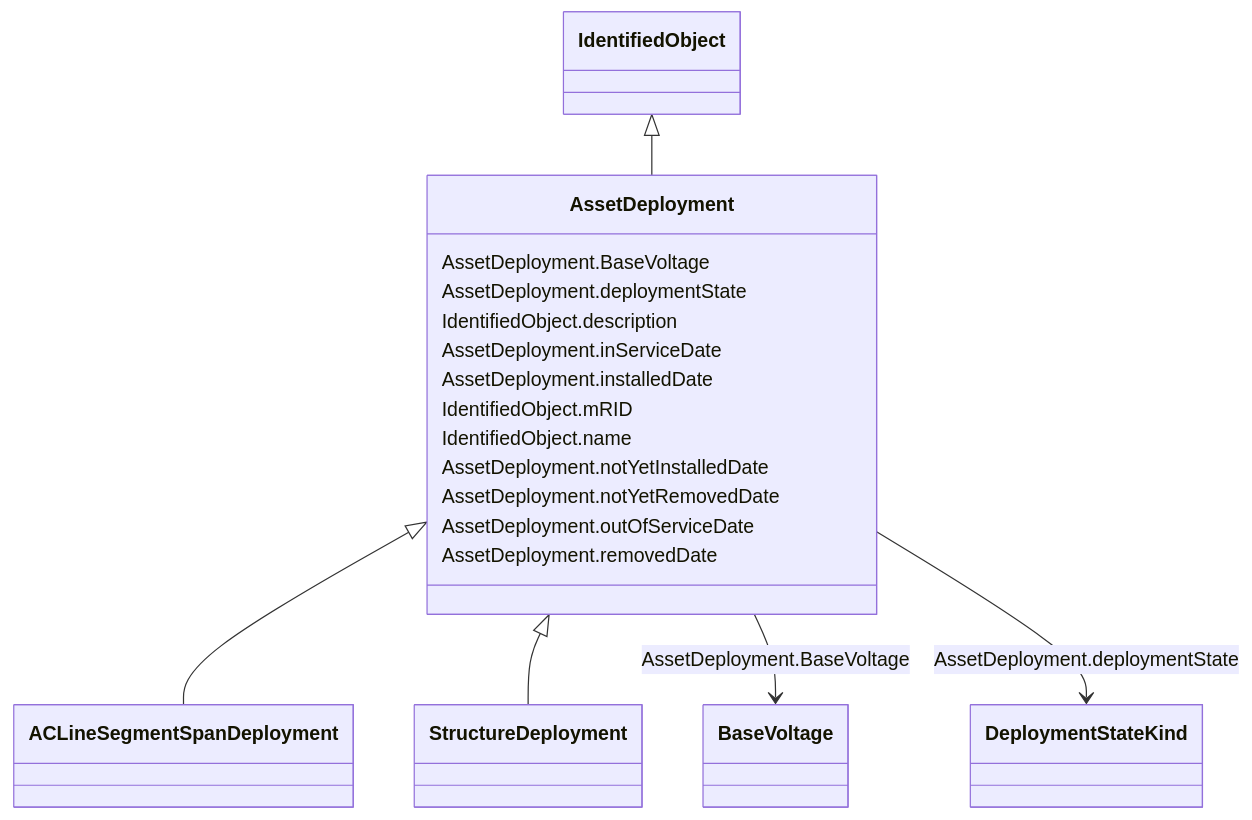
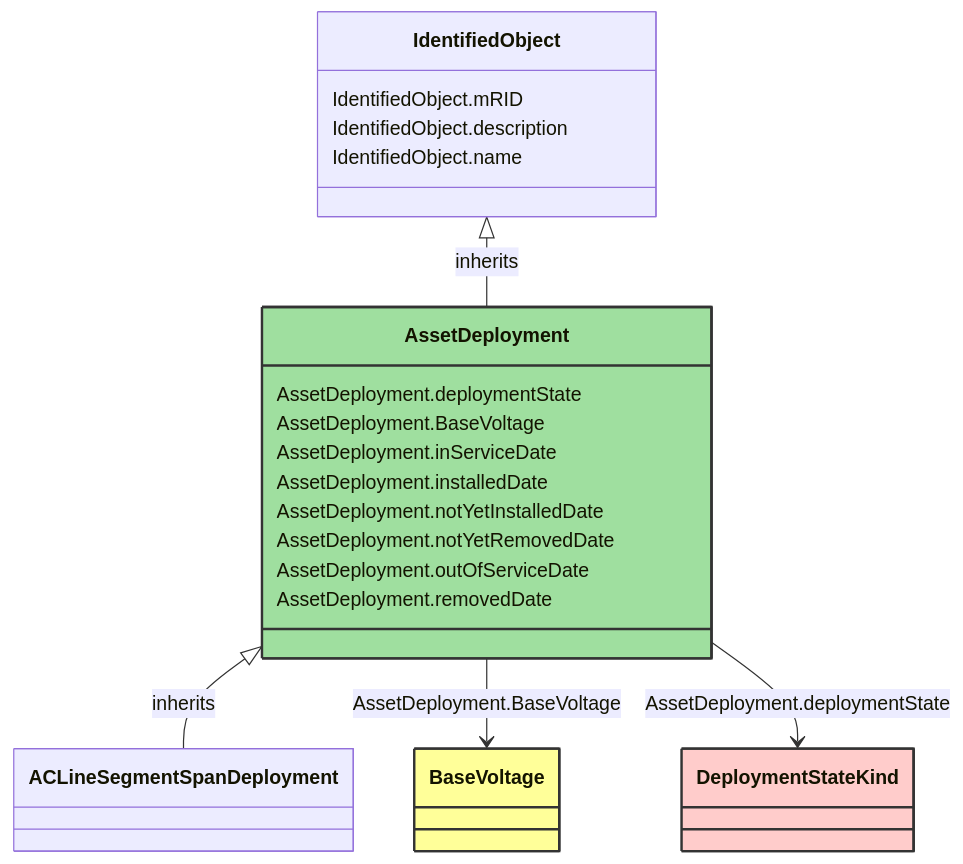
One commit to 3lbits/NoCIMExtensions changed the diagram in docs/AviationObstacle/AssetDeployment.md. Above: the diagram before and after it, drawn with Mermaid. The commit also changed other lines of this file and 177 other files, not shown here.

````diff
--- a/docs/AviationObstacle/AssetDeployment.md
+++ b/docs/AviationObstacle/AssetDeployment.md
@@ -16,44 +8,42 @@
 ```mermaid
- classDiagram
+classDiagram
     class AssetDeployment
-    click AssetDeployment href "../AssetDeployment"
-      IdentifiedObject <|-- AssetDeployment
-        click IdentifiedObject href "../IdentifiedObject"
-      
+    click AssetDeployment href "/AviationObstacle/AssetDeployment/"
+    style AssetDeployment fill:#9fdf9f,stroke:#333,stroke-width:2px,rx:10,ry:10
 
-      AssetDeployment <|-- ACLineSegmentSpanDeployment
-        click ACLineSegmentSpanDeployment href "../ACLineSegmentSpanDeployment"
-      AssetDeployment <|-- StructureDeployment
-        click StructureDeployment href "../StructureDeployment"
-      
-      
-      AssetDeployment : AssetDeployment.BaseVoltage
-        
-          AssetDeployment --> BaseVoltage : AssetDeployment.BaseVoltage
-          click BaseVoltage href "../BaseVoltage"
-        
-      AssetDeployment : AssetDeployment.deploymentState
-        
-          AssetDeployment --> DeploymentStateKind : AssetDeployment.deploymentState
-          click DeploymentStateKind href "../DeploymentStateKind"
-        
-      AssetDeployment : IdentifiedObject.description
-        
-      AssetDeployment : AssetDeployment.inServiceDate
-        
-      AssetDeployment : AssetDeployment.installedDate
-        
-      AssetDeployment : IdentifiedObject.mRID
-        
-      AssetDeployment : IdentifiedObject.name
-        
-      AssetDeployment : AssetDeployment.notYetInstalledDate
-        
-      AssetDeployment : AssetDeployment.notYetRemovedDate
-        
-      AssetDeployment : AssetDeployment.outOfServiceDate
-        
-      AssetDeployment : AssetDeployment.removedDate
-        
-      
+        AssetDeployment <|-- ACLineSegmentSpanDeployment : inherits
+            click AssetDeployment href "/AviationObstacle/AssetDeployment/"
+            style AssetDeployment rx:10,ry:10
+
+        ACLineSegmentSpanDeployment
+            click ACLineSegmentSpanDeployment href "/AviationObstacle/ACLineSegmentSpanDeployment/"
+            style ACLineSegmentSpanDeployment rx:10,ry:10
+
+        IdentifiedObject <|-- AssetDeployment : inherits
+            click IdentifiedObject href "/AviationObstacle/IdentifiedObject/"
+            style IdentifiedObject rx:10,ry:10
+
+        AssetDeployment --> BaseVoltage : AssetDeployment.BaseVoltage
+
+        BaseVoltage
+            click BaseVoltage href "/AviationObstacle/BaseVoltage/"
+            style BaseVoltage fill:#ffff99,stroke:#333,stroke-width:2px,rx:10,ry:10
+
+        AssetDeployment --> DeploymentStateKind : AssetDeployment.deploymentState
+
+        DeploymentStateKind
+            click DeploymentStateKind href "/AviationObstacle/DeploymentStateKind/"
+            style DeploymentStateKind fill:#FFCCCB,stroke:#333,stroke-width:2px,rx:10,ry:10
+
+        AssetDeployment : AssetDeployment.deploymentState
+        AssetDeployment : AssetDeployment.BaseVoltage
+        AssetDeployment : AssetDeployment.inServiceDate
+        AssetDeployment : AssetDeployment.installedDate
+        AssetDeployment : AssetDeployment.notYetInstalledDate
+        AssetDeployment : AssetDeployment.notYetRemovedDate
+        AssetDeployment : AssetDeployment.outOfServiceDate
+        AssetDeployment : AssetDeployment.removedDate
+        IdentifiedObject : IdentifiedObject.mRID
+        IdentifiedObject : IdentifiedObject.description
+        IdentifiedObject : IdentifiedObject.name
 ```
````
